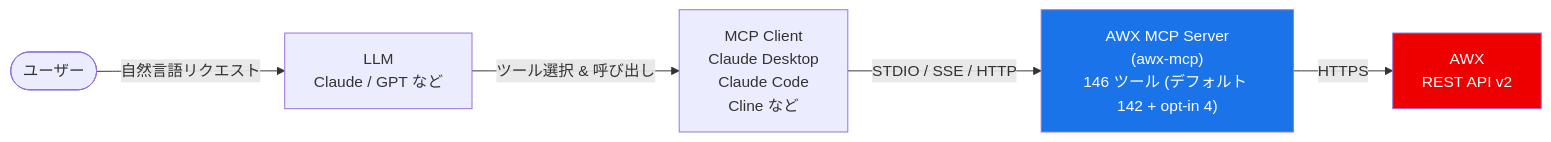
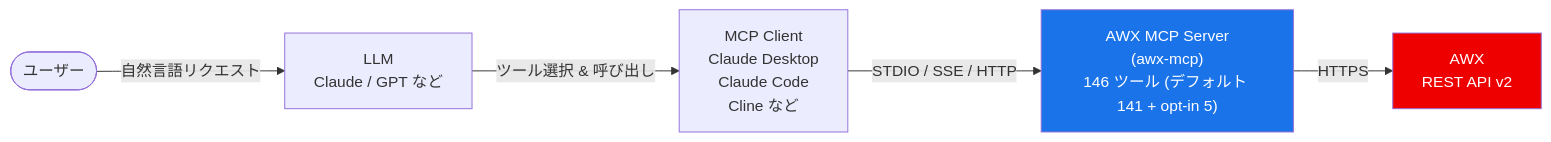
Before and after one commit to lycorp-jp/awx-mcp: the diagram in README.ja.md, drawn with Mermaid. The commit also changed other lines of this file and 22 other files, not shown here.

````diff
--- a/README.ja.md
+++ b/README.ja.md
@@ -91,16 +92,16 @@
 ```mermaid
 flowchart LR
     User([ユーザー])
     LLM[LLM<br/>Claude / GPT など]
     MCP[MCP Client<br/>Claude Desktop<br/>Claude Code<br/>Cline など]
-    AWX_MCP["AWX MCP Server<br/>(awx-mcp)<br/>146 ツール (デフォルト 142 + opt-in 4)"]
+    AWX_MCP["AWX MCP Server<br/>(awx-mcp)<br/>146 ツール (デフォルト 141 + opt-in 5)"]
     AWX[AWX<br/>REST API v2]
 
     User -- 自然言語リクエスト --> LLM
     LLM -- ツール選択 & 呼び出し --> MCP
     MCP -- "STDIO / SSE / HTTP" --> AWX_MCP
     AWX_MCP -- HTTPS --> AWX
 
     style AWX_MCP fill:#1a73e8,color:#fff
     style AWX fill:#ee0000,color:#fff
 ```
````
